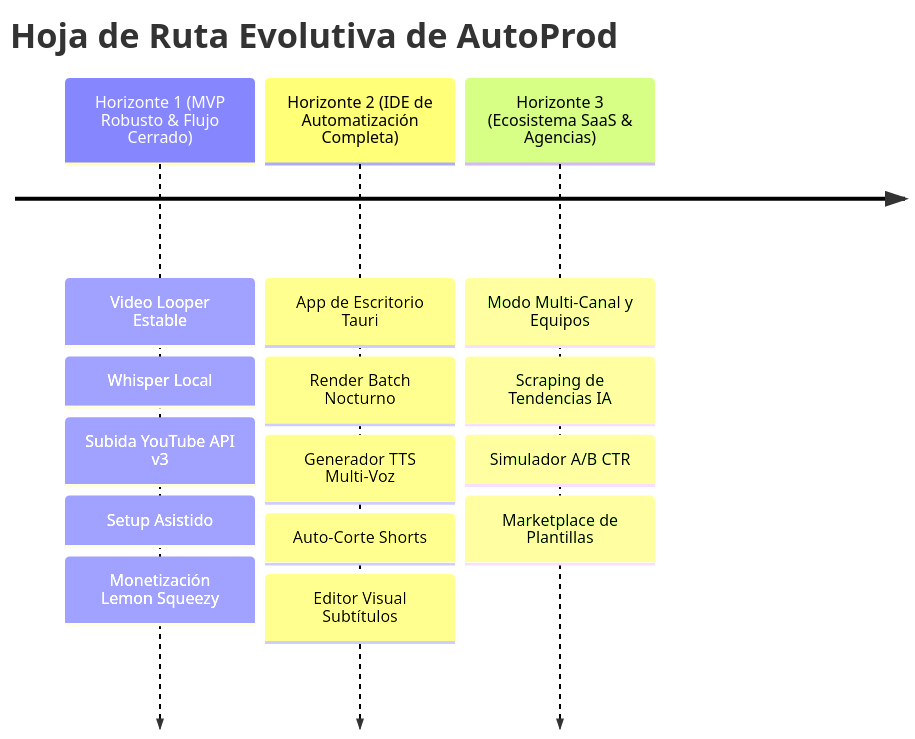
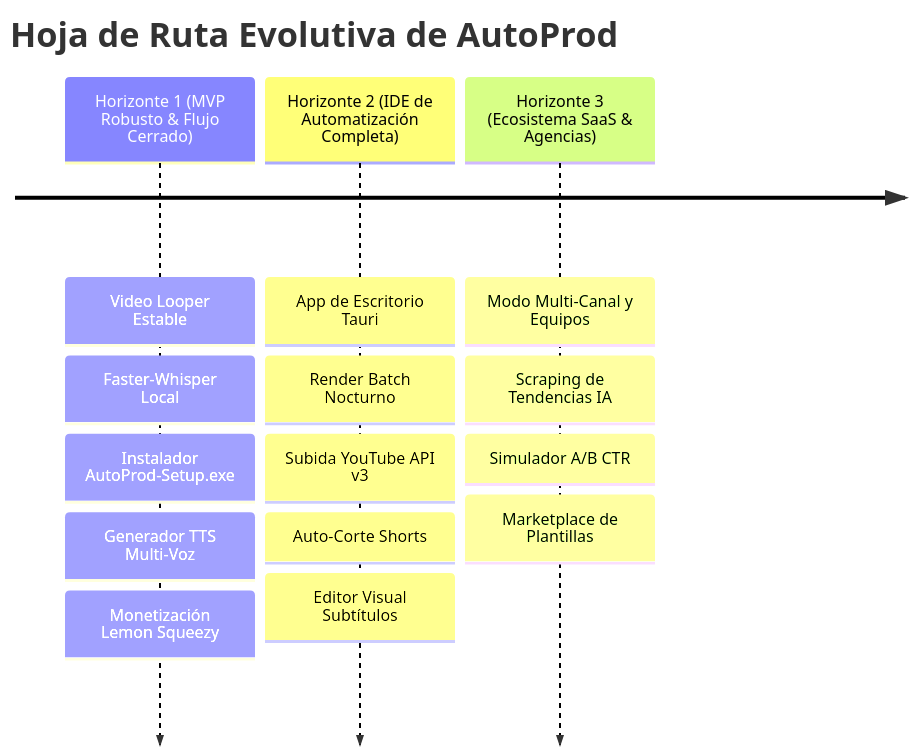
Before and after one commit to MA73OOO/autoprod: the diagram in docs/features/AutoProd/idea.md, drawn with Mermaid. The commit also changed other lines of this file and 19 other files, not shown here.

````diff
--- a/docs/features/AutoProd/idea.md
+++ b/docs/features/AutoProd/idea.md
@@ -51,7 +51,7 @@
 ```mermaid
 timeline
     title Hoja de Ruta Evolutiva de AutoProd
-    Horizonte 1 (MVP Robusto & Flujo Cerrado) : Video Looper Estable : Whisper Local : Subida YouTube API v3 : Setup Asistido : Monetización Lemon Squeezy
-    Horizonte 2 (IDE de Automatización Completa) : App de Escritorio Tauri : Render Batch Nocturno : Generador TTS Multi-Voz : Auto-Corte Shorts : Editor Visual Subtítulos
+    Horizonte 1 (MVP Robusto & Flujo Cerrado) : Video Looper Estable : Faster-Whisper Local : Instalador AutoProd-Setup.exe : Generador TTS Multi-Voz : Monetización Lemon Squeezy
+    Horizonte 2 (IDE de Automatización Completa) : App de Escritorio Tauri : Render Batch Nocturno : Subida YouTube API v3 : Auto-Corte Shorts : Editor Visual Subtítulos
     Horizonte 3 (Ecosistema SaaS & Agencias) : Modo Multi-Canal y Equipos : Scraping de Tendencias IA : Simulador A/B CTR : Marketplace de Plantillas
 ```
````
